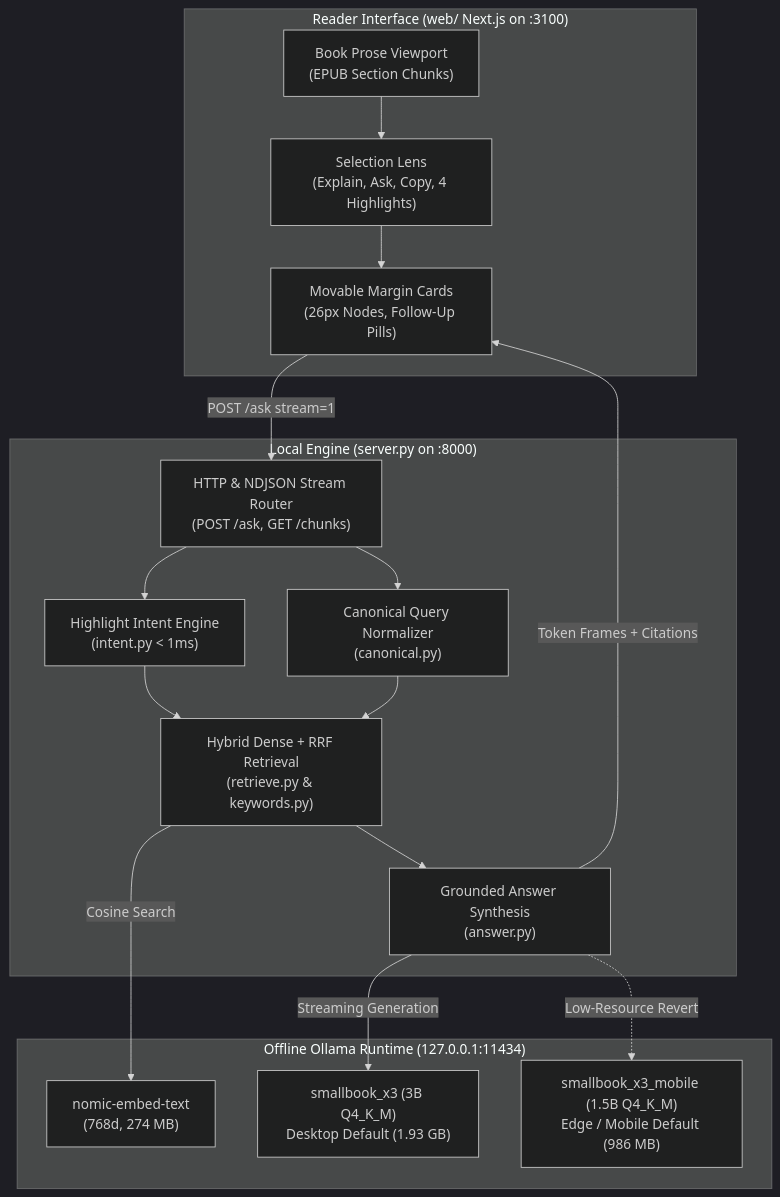
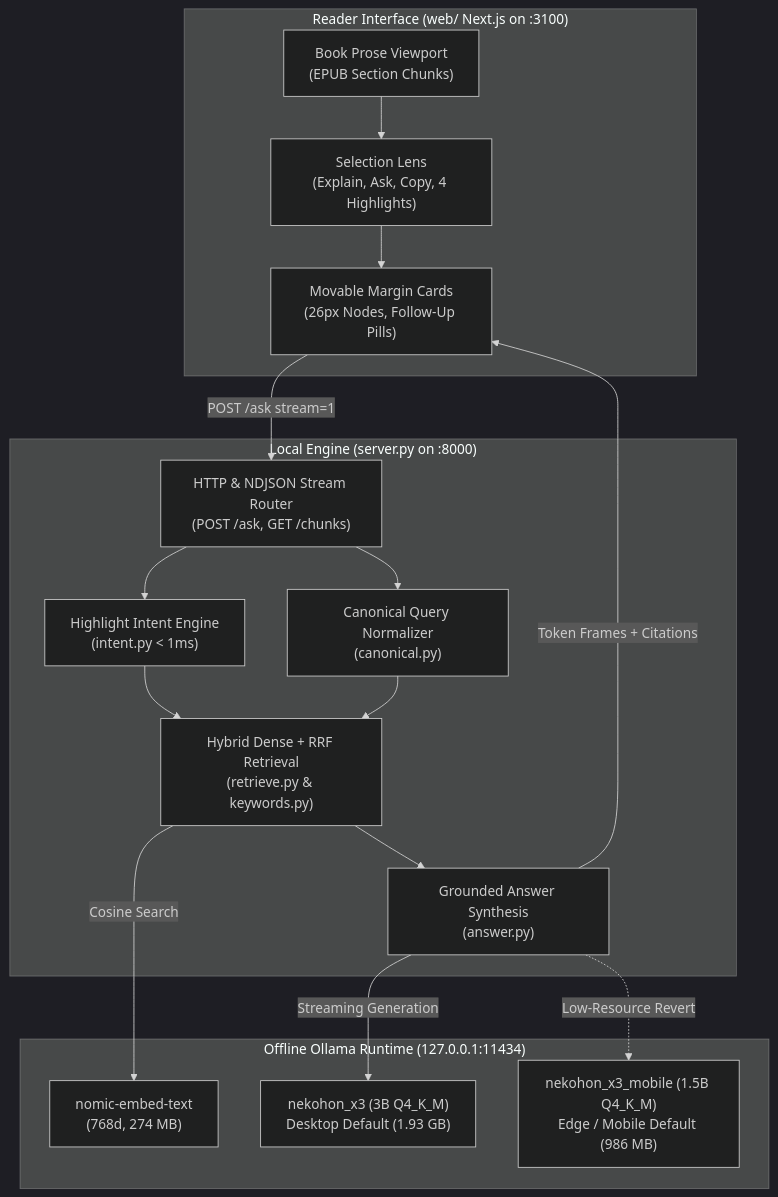
The diagram in README.md (Skufu/NekoHon), drawn with Mermaid (dark theme) before and after one commit. The commit also changed other lines of this file and 7 other files, not shown here.

Commit message:
rebrand: rename smallbook_x3 to nekohon_x3, publish weights to Hugging Face (Skufu1/nekohon-x3)

````diff
--- a/README.md
+++ b/README.md
@@ -7,36 +7,36 @@
 ```mermaid
 flowchart TD
     subgraph UI["Reader Interface (web/ Next.js on :3100)"]
         Reader["Book Prose Viewport<br/>(EPUB Section Chunks)"]
         Lens["Selection Lens<br/>(Explain, Ask, Copy, 4 Highlights)"]
         Card["Movable Margin Cards<br/>(26px Nodes, Follow-Up Pills)"]
         Reader --> Lens
         Lens --> Card
     end
 
     subgraph Engine["Local Engine (server.py on :8000)"]
         Router["HTTP & NDJSON Stream Router<br/>(POST /ask, GET /chunks)"]
         IntentEng["Highlight Intent Engine<br/>(intent.py &lt; 1ms)"]
         Canon["Canonical Query Normalizer<br/>(canonical.py)"]
         HybridRet["Hybrid Dense + RRF Retrieval<br/>(retrieve.py & keywords.py)"]
         AnswerEng["Grounded Answer Synthesis<br/>(answer.py)"]
 
         Router --> IntentEng
         Router --> Canon
         IntentEng --> HybridRet
         Canon --> HybridRet
         HybridRet --> AnswerEng
     end
 
     subgraph LocalOllama["Offline Ollama Runtime (127.0.0.1:11434)"]
         Embedder["nomic-embed-text<br/>(768d, 274 MB)"]
-        Model3B["smallbook_x3 (3B Q4_K_M)<br/>Desktop Default (1.93 GB)"]
-        Model15B["smallbook_x3_mobile (1.5B Q4_K_M)<br/>Edge / Mobile Default (986 MB)"]
+        Model3B["nekohon_x3 (3B Q4_K_M)<br/>Desktop Default (1.93 GB)"]
+        Model15B["nekohon_x3_mobile (1.5B Q4_K_M)<br/>Edge / Mobile Default (986 MB)"]
     end
 
     Card -->|POST /ask stream=1| Router
     HybridRet -->|Cosine Search| Embedder
     AnswerEng -->|Streaming Generation| Model3B
     AnswerEng -.->|Low-Resource Revert| Model15B
     AnswerEng -->|Token Frames + Citations| Card
 ```
````
